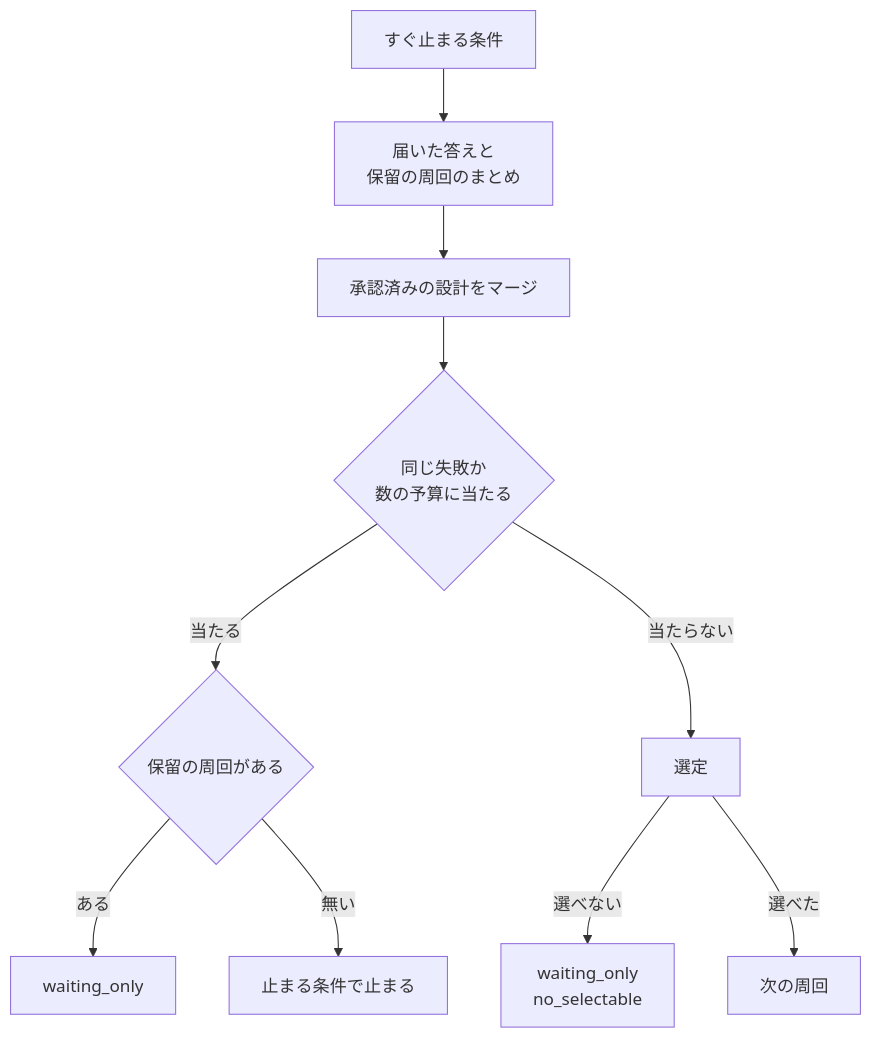
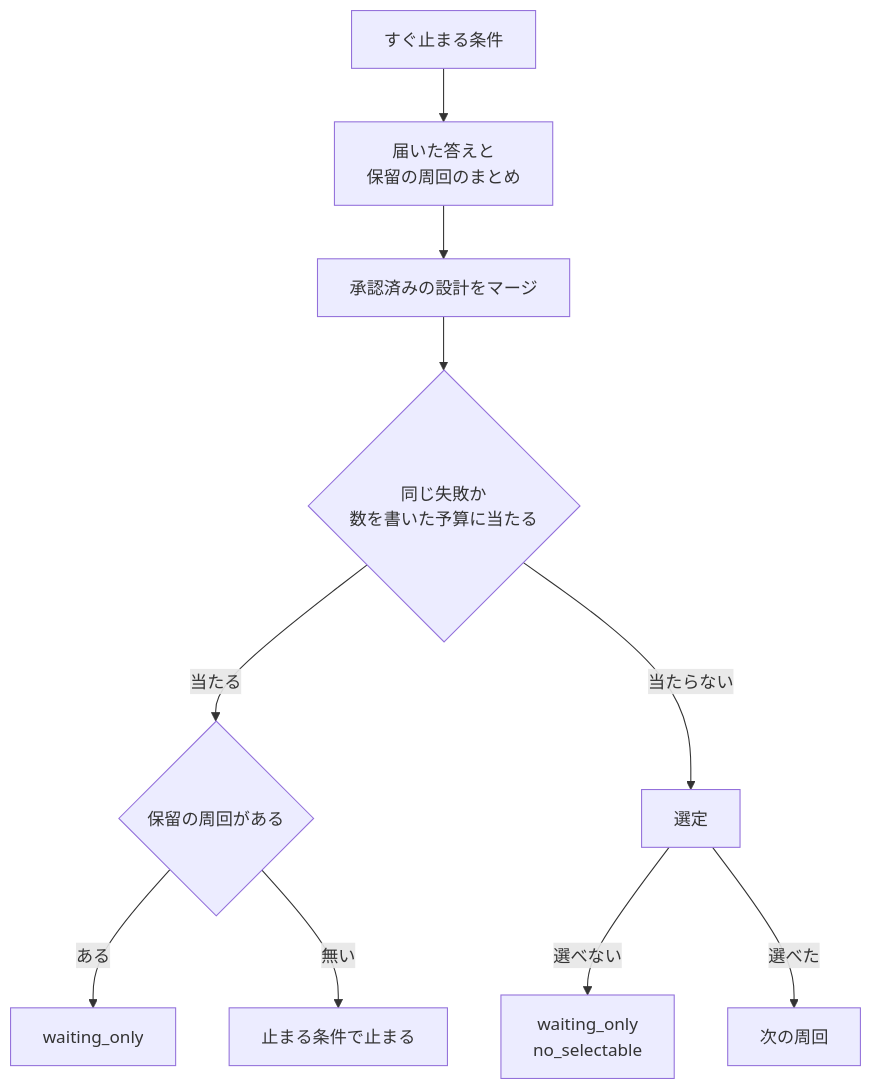
Before and after one commit to devbasex/ai-plugins: the sixth of 6 diagrams in issues/issue-2505-design.md, drawn with Mermaid. The commit also changed other lines of this file and 2 other files, not shown here.

````diff
--- a/issues/issue-2505-design.md
+++ b/issues/issue-2505-design.md
@@ -373,12 +420,12 @@
 ```mermaid
 graph TD
     A[すぐ止まる条件] --> B[届いた答えと<br/>保留の周回のまとめ]
     B --> C[承認済みの設計をマージ]
-    C --> D{同じ失敗か<br/>数の予算に当たる}
+    C --> D{同じ失敗か<br/>数を書いた予算に当たる}
     D -->|当たる| E{保留の周回がある}
     E -->|ある| F[waiting_only]
     E -->|無い| G[止まる条件で止まる]
     D -->|当たらない| H[選定]
     H -->|選べない| I[waiting_only<br/>no_selectable]
     H -->|選べた| J[次の周回]
 ```
````
